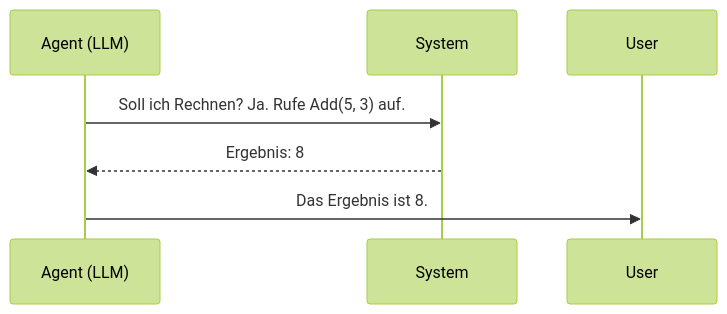
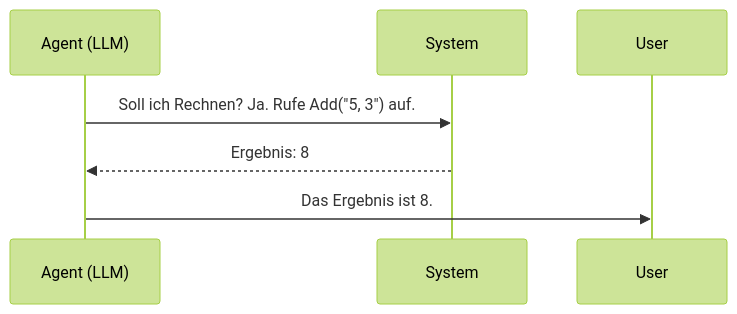
The fourth of 7 diagrams in docs/künstliche-intelligenz/coding/ki-anwendungen-programmieren.md (thorstenkloehn/dokument), drawn with Mermaid (forest theme) before and after one commit. The commit also changed 41 other files, not shown here.

````diff
--- a/docs/künstliche-intelligenz/coding/ki-anwendungen-programmieren.md
+++ b/docs/künstliche-intelligenz/coding/ki-anwendungen-programmieren.md
@@ -310,6 +310,6 @@
 ```mermaid
 sequenceDiagram
-    Agent (LLM) ->> System: Soll ich Rechnen? Ja. Rufe Add(5, 3) auf.
+    Agent (LLM) ->> System: Soll ich Rechnen? Ja. Rufe Add("5, 3") auf.
     System -->> Agent (LLM): Ergebnis: 8
     Agent (LLM) ->> User: Das Ergebnis ist 8.
 ```
````
